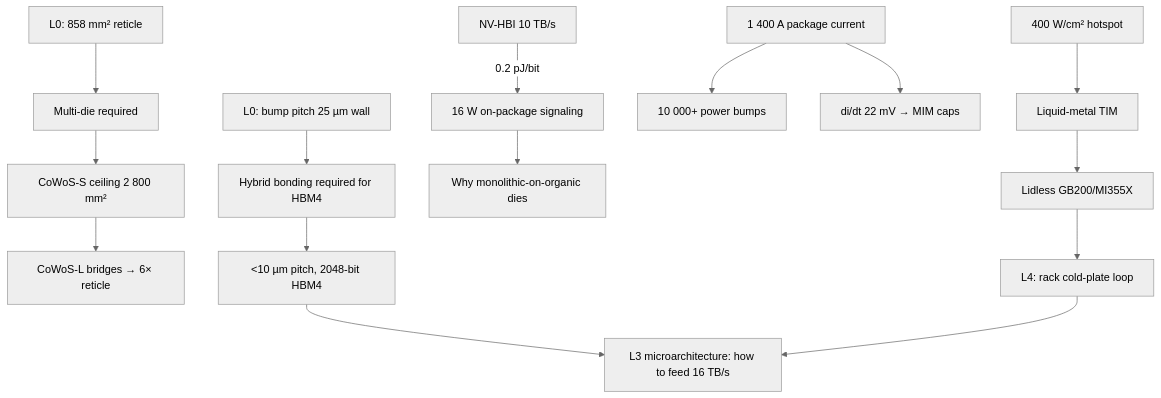
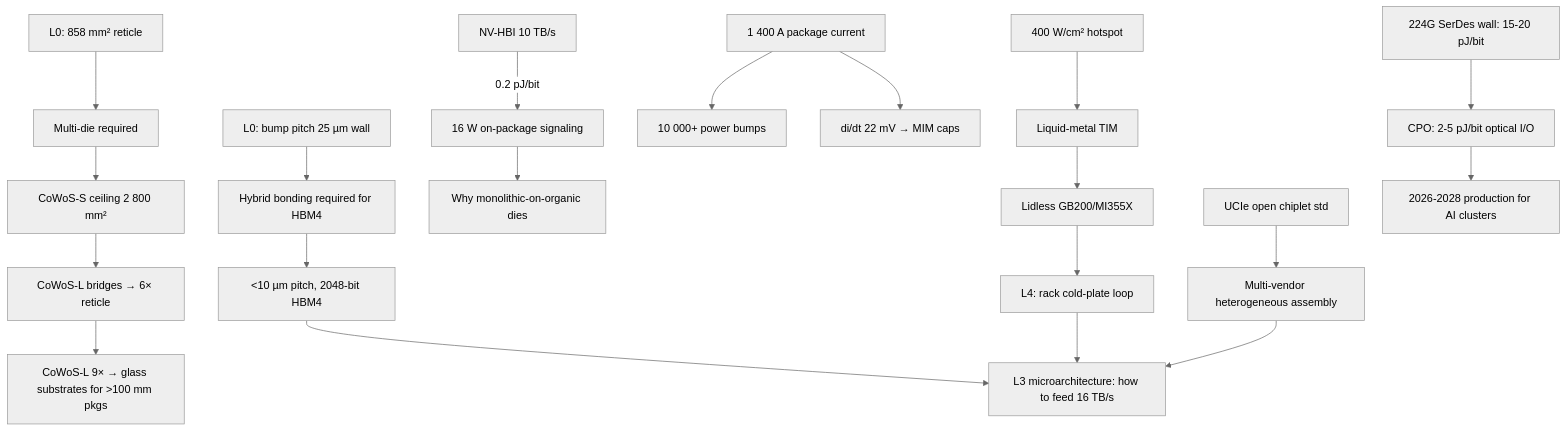
The fifth of 5 diagrams in ai_infra/L1_Packaging_and_Memory/Advanced_Packaging.md (Wty2003328/ai_infra_intro), drawn with Mermaid (neutral theme) before and after one commit. The commit also changed other lines of this file and 62 other files, not shown here.

````diff
--- a/ai_infra/L1_Packaging_and_Memory/Advanced_Packaging.md
+++ b/ai_infra/L1_Packaging_and_Memory/Advanced_Packaging.md
@@ -473,22 +635,28 @@
 ```mermaid
 flowchart TD
     A[L0: 858 mm² reticle] --> B[Multi-die required]
     B --> C[CoWoS-S ceiling 2 800 mm²]
     C --> D[CoWoS-L bridges → 6× reticle]
+    D --> D2[CoWoS-L 9× → glass substrates for >100 mm pkgs]
 
     E[L0: bump pitch 25 µm wall] --> F[Hybrid bonding required for HBM4]
     F --> G[<10 µm pitch, 2048-bit HBM4]
 
     H[NV-HBI 10 TB/s] -->|0.2 pJ/bit| I[16 W on-package signaling]
     I --> J[Why monolithic-on-organic dies]
 
     K[1 400 A package current] --> L[10 000+ power bumps]
     K --> M[di/dt 22 mV → MIM caps]
 
     N[400 W/cm² hotspot] --> O[Liquid-metal TIM]
     O --> P[Lidless GB200/MI355X]
     P --> Q[L4: rack cold-plate loop]
 
+    U[UCIe open chiplet std] --> V[Multi-vendor heterogeneous assembly]
+    W[224G SerDes wall: 15-20 pJ/bit] --> X[CPO: 2-5 pJ/bit optical I/O]
+    X --> Y[2026-2028 production for AI clusters]
+
     G --> R[L3 microarchitecture: how to feed 16 TB/s]
     Q --> R
+    V --> R
 ```
````
